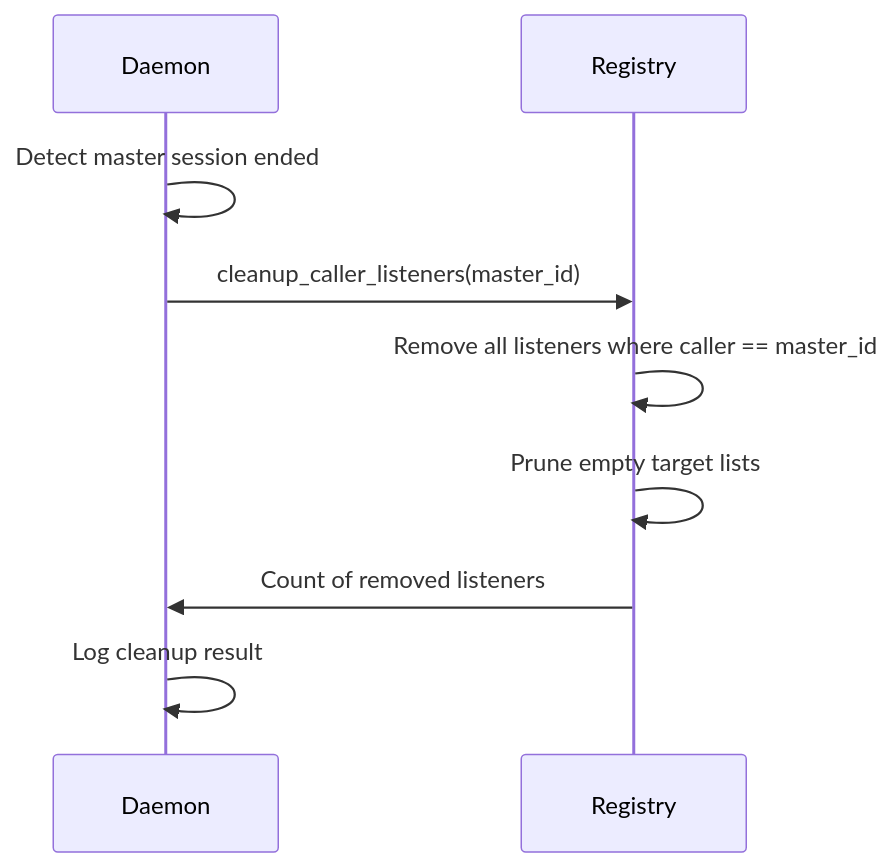
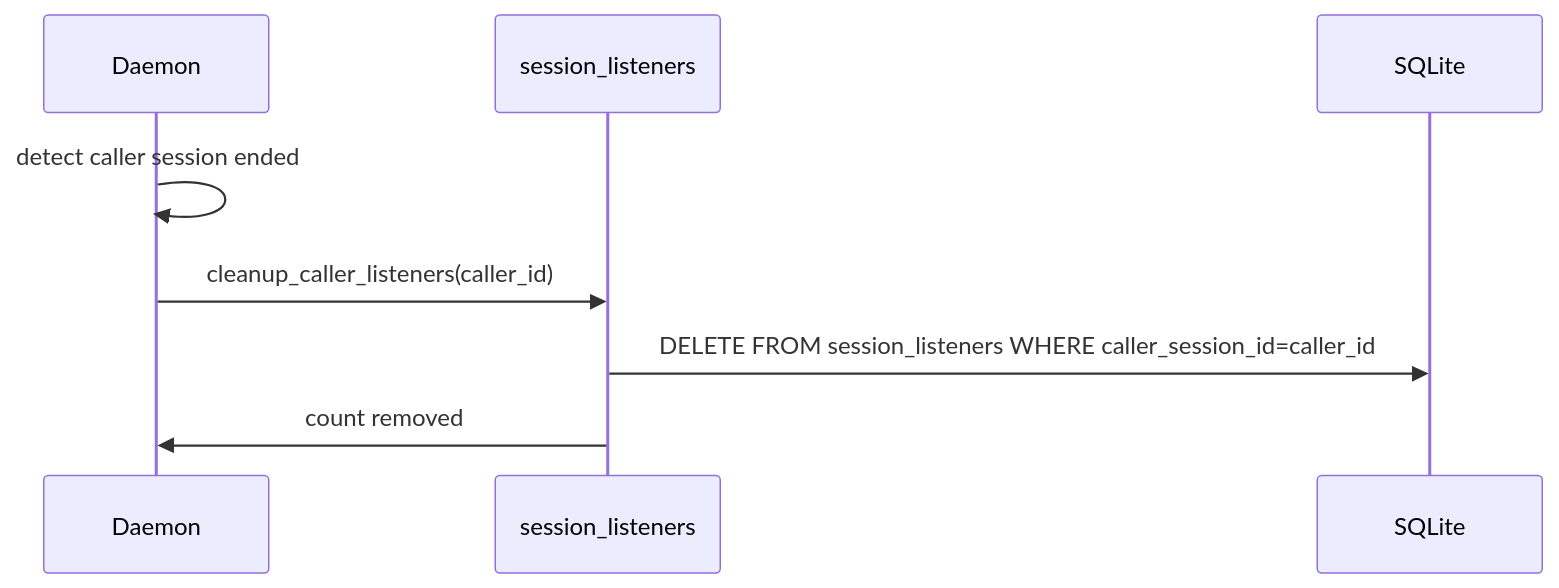
Before and after one commit to InstruktAI/TeleClaude: the third of 4 diagrams in docs/project/design/architecture/session-listeners.md, drawn with Mermaid. The commit also changed other lines of this file and 8 other files, not shown here.

````diff
--- a/docs/project/design/architecture/session-listeners.md
+++ b/docs/project/design/architecture/session-listeners.md
@@ -97,12 +104,11 @@
 ```mermaid
 sequenceDiagram
     participant Daemon
-    participant Registry
+    participant Registry as session_listeners
+    participant DB as SQLite
 
-    Daemon->>Daemon: Detect master session ended
-    Daemon->>Registry: cleanup_caller_listeners(master_id)
-    Registry->>Registry: Remove all listeners where caller == master_id
-    Registry->>Registry: Prune empty target lists
-    Registry->>Daemon: Count of removed listeners
-    Daemon->>Daemon: Log cleanup result
+    Daemon->>Daemon: detect caller session ended
+    Daemon->>Registry: cleanup_caller_listeners(caller_id)
+    Registry->>DB: DELETE FROM session_listeners WHERE caller_session_id=caller_id
+    Registry->>Daemon: count removed
 ```
````
